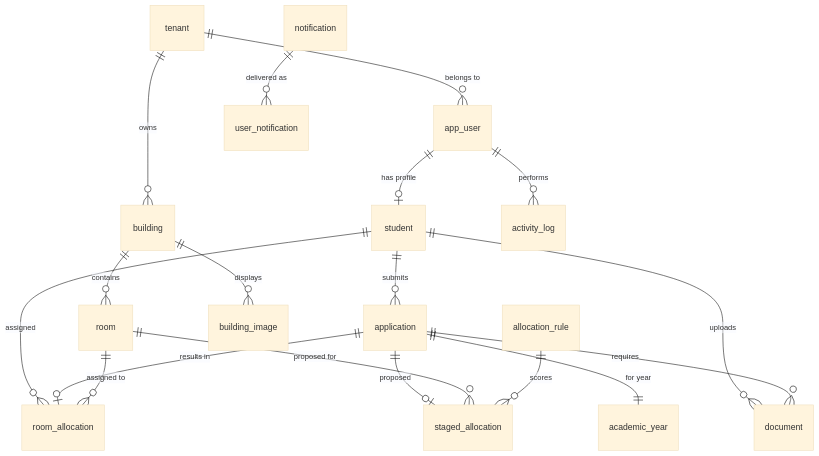
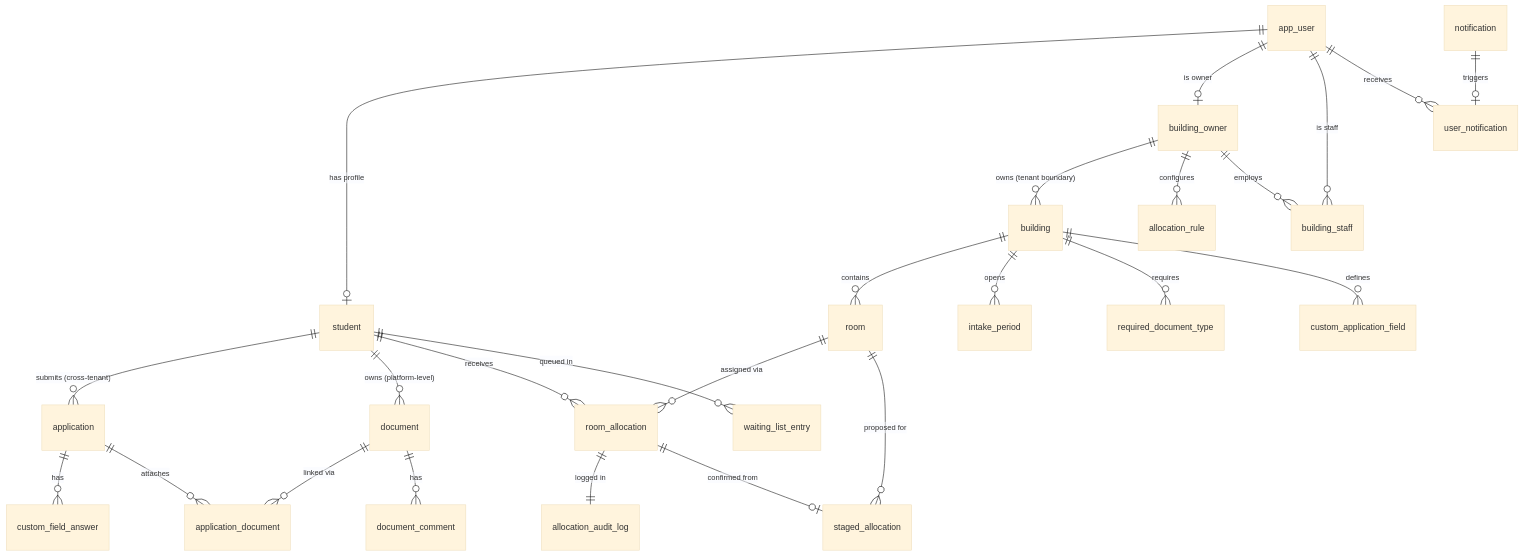
Before and after one commit to beezhub/student-accommodation-system: the fourth of 7 diagrams in Architecture.md, drawn with Mermaid (base theme). The commit also changed other lines of this file, not shown here.

First line of the commit message:
docs(architecture): update Architecture.md to v1.1 with full codebase reassessment

````diff
--- a/Architecture.md
+++ b/Architecture.md
@@ -495,27 +511,35 @@
 ```mermaid
 erDiagram
-    tenant ||--o{ building : "owns"
-    tenant ||--o{ app_user : "belongs to"
+    app_user ||--o| student : "has profile"
+    app_user ||--o| building_owner : "is owner"
+    app_user ||--o{ building_staff : "is staff"
+    app_user ||--o{ user_notification : "receives"
 
-    app_user ||--o| student : "has profile"
-    app_user ||--o{ activity_log : "performs"
-
-    student ||--o{ application : "submits"
-    student ||--o{ room_allocation : "assigned"
-    student ||--o{ document : "uploads"
-
-    application ||--|| academic_year : "for year"
-    application ||--o{ document : "requires"
-    application ||--o| room_allocation : "results in"
-    application ||--o| staged_allocation : "proposed"
+    building_owner ||--o{ building : "owns (tenant boundary)"
+    building_owner ||--o{ allocation_rule : "configures"
+    building_owner ||--o{ building_staff : "employs"
 
     building ||--o{ room : "contains"
-    building ||--o{ building_image : "displays"
+    building ||--o{ intake_period : "opens"
+    building ||--o{ required_document_type : "requires"
+    building ||--o{ custom_application_field : "defines"
 
-    room ||--o{ room_allocation : "assigned to"
+    room ||--o{ room_allocation : "assigned via"
     room ||--o{ staged_allocation : "proposed for"
 
-    allocation_rule ||--o{ staged_allocation : "scores"
+    student ||--o{ application : "submits (cross-tenant)"
+    student ||--o{ document : "owns (platform-level)"
+    student ||--o{ room_allocation : "receives"
+    student ||--o{ waiting_list_entry : "queued in"
 
-    notification ||--o{ user_notification : "delivered as"
+    application ||--o{ custom_field_answer : "has"
+    application ||--o{ application_document : "attaches"
+
+    document ||--o{ application_document : "linked via"
+    document ||--o{ document_comment : "has"
+
+    room_allocation ||--|| allocation_audit_log : "logged in"
+    room_allocation ||--o| staged_allocation : "confirmed from"
+
+    notification ||--o| user_notification : "triggers"
 ```
````
